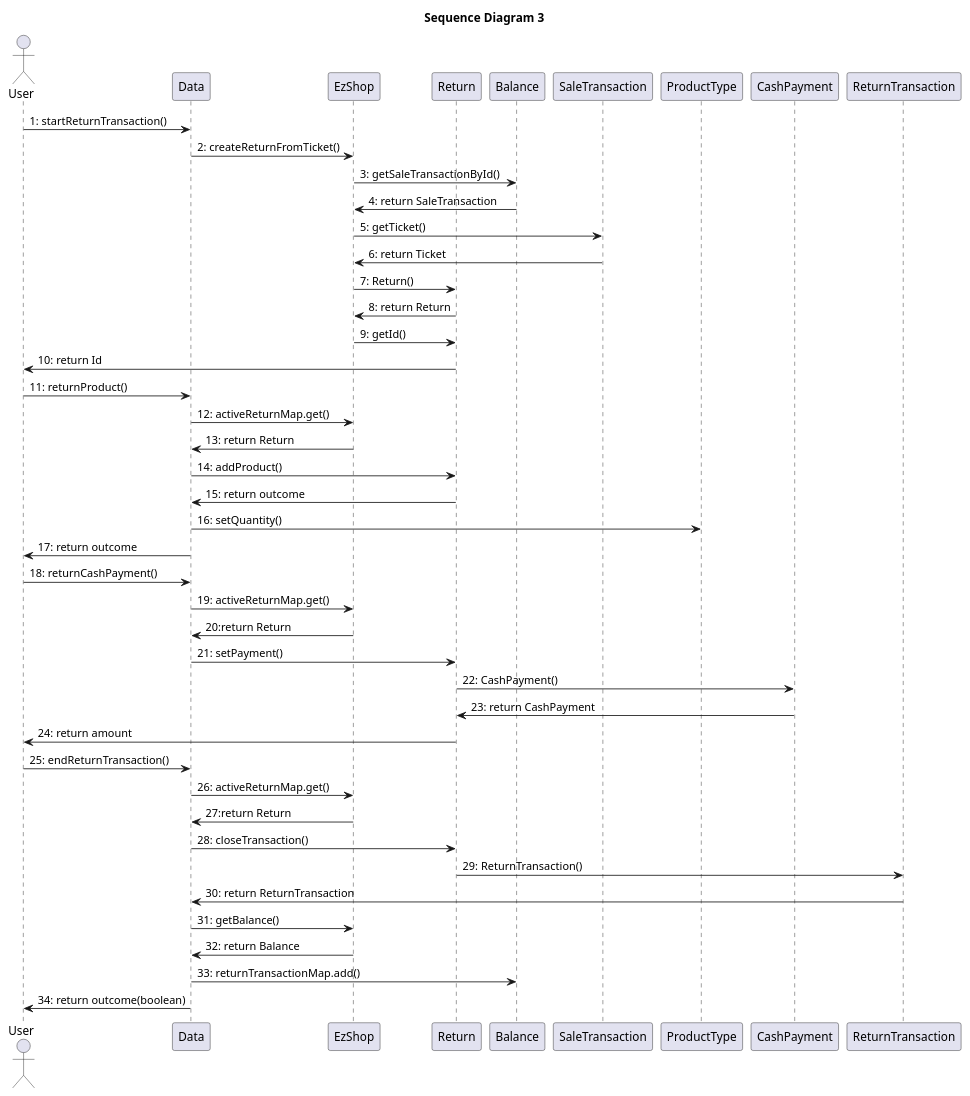
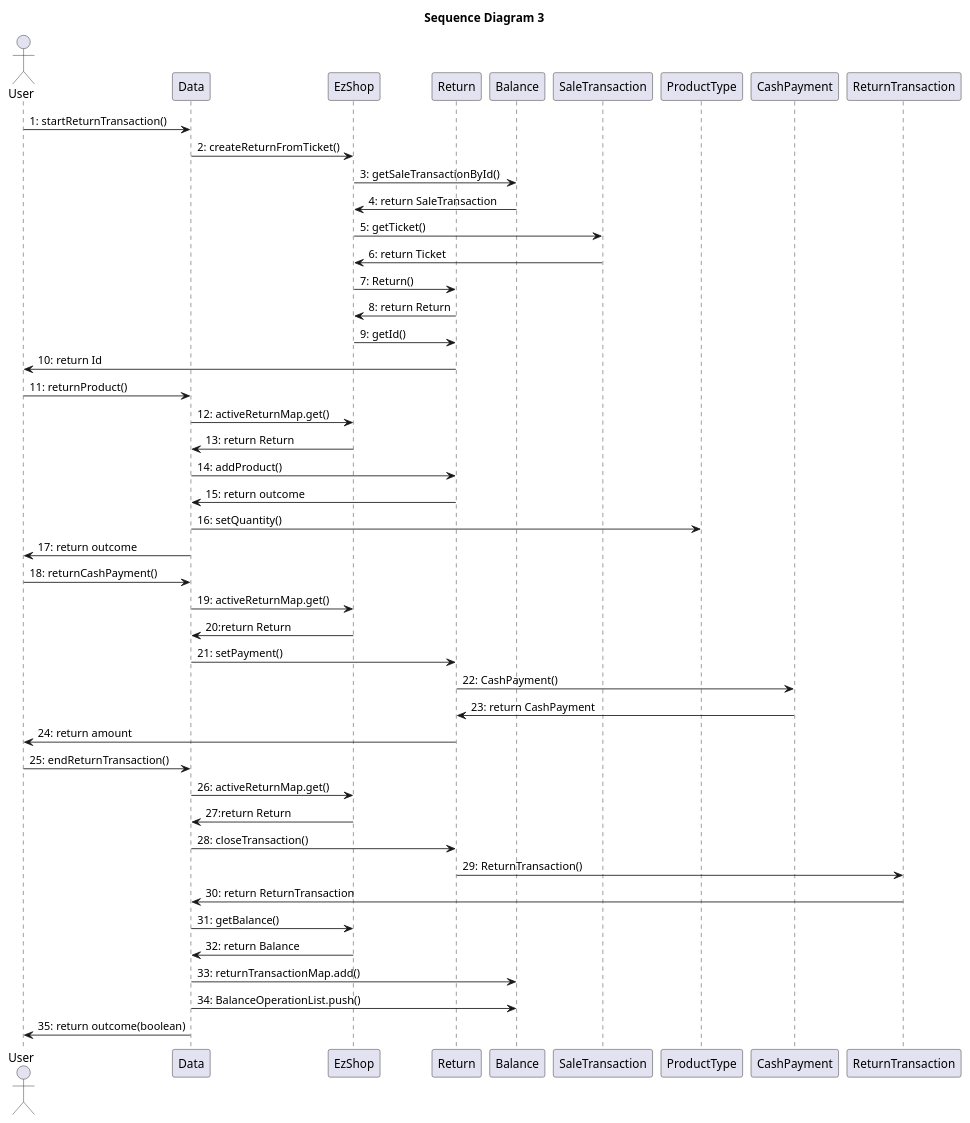
Before and after one commit to paolotron/EzshoProject31: the fifth of 5 diagrams in Deliverables/DesignDocument.md, drawn with PlantUML.

````diff
--- a/Deliverables/DesignDocument.md
+++ b/Deliverables/DesignDocument.md
@@ -462,44 +462,45 @@
 ```plantuml
 @startuml
 title "Sequence Diagram 3"
 actor User
 participant Data
 participant EzShop
 participant Return
 
 User -> Data: 1: startReturnTransaction()
 Data -> EzShop: 2: createReturnFromTicket()
 EzShop -> Balance: 3: getSaleTransactionById()
 Balance -> EzShop: 4: return SaleTransaction
 EzShop -> SaleTransaction: 5: getTicket()
 SaleTransaction -> EzShop: 6: return Ticket
 EzShop -> Return: 7: Return()
 Return -> EzShop: 8: return Return
 EzShop -> Return: 9: getId()
 Return -> User: 10: return Id
 User -> Data: 11: returnProduct()
 Data -> EzShop: 12: activeReturnMap.get()
 EzShop -> Data: 13: return Return
 Data -> Return: 14: addProduct()
 Return -> Data: 15: return outcome
 Data -> ProductType: 16: setQuantity()
 Data -> User: 17: return outcome
 User -> Data: 18: returnCashPayment()
 Data -> EzShop: 19: activeReturnMap.get()
 EzShop -> Data: 20:return Return
 Data -> Return: 21: setPayment()
 Return -> CashPayment: 22: CashPayment()
 CashPayment -> Return: 23: return CashPayment
 Return -> User: 24: return amount
 User -> Data: 25: endReturnTransaction()
 Data -> EzShop: 26: activeReturnMap.get()
 EzShop -> Data: 27:return Return
 Data -> Return: 28: closeTransaction()
 Return -> ReturnTransaction: 29: ReturnTransaction()
 ReturnTransaction -> Data: 30: return ReturnTransaction
 Data -> EzShop: 31: getBalance()
 EzShop -> Data: 32: return Balance
 Data -> Balance: 33: returnTransactionMap.add()
-Data -> User: 34: return outcome(boolean)
+Data -> Balance: 34: BalanceOperationList.push()
+Data -> User: 35: return outcome(boolean)
 @enduml
 ```
````
